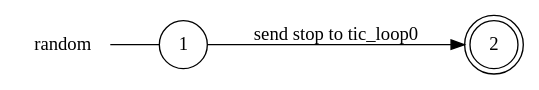
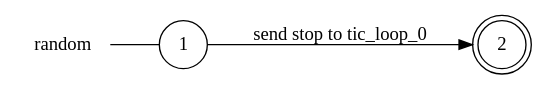
One commit to gabrielegenovese/chorer changed the diagram in examples/ticktack/random_local_view.dot. Above: the diagram before and after it, drawn with Graphviz. The commit also changed 8 other files, not shown here.

```diff
--- a/examples/ticktack/random_local_view.dot
+++ b/examples/ticktack/random_local_view.dot
@@ -1,9 +1,9 @@
 digraph random {
 	rankdir="LR";
 	n_0 [label="random", shape="plaintext"];
 	n_1 [id="1", shape=circle, label="1"];
 	n_0 -> n_1 [arrowhead=none];
 	n_2 [id="2", shape=doublecircle, label="2"];
 
-	n_1 -> n_2 [id="[$e|0]", label="send stop to tic_loop0"];
+	n_1 -> n_2 [id="[$e|0]", label="send stop to tic_loop_0"];
 }
```
